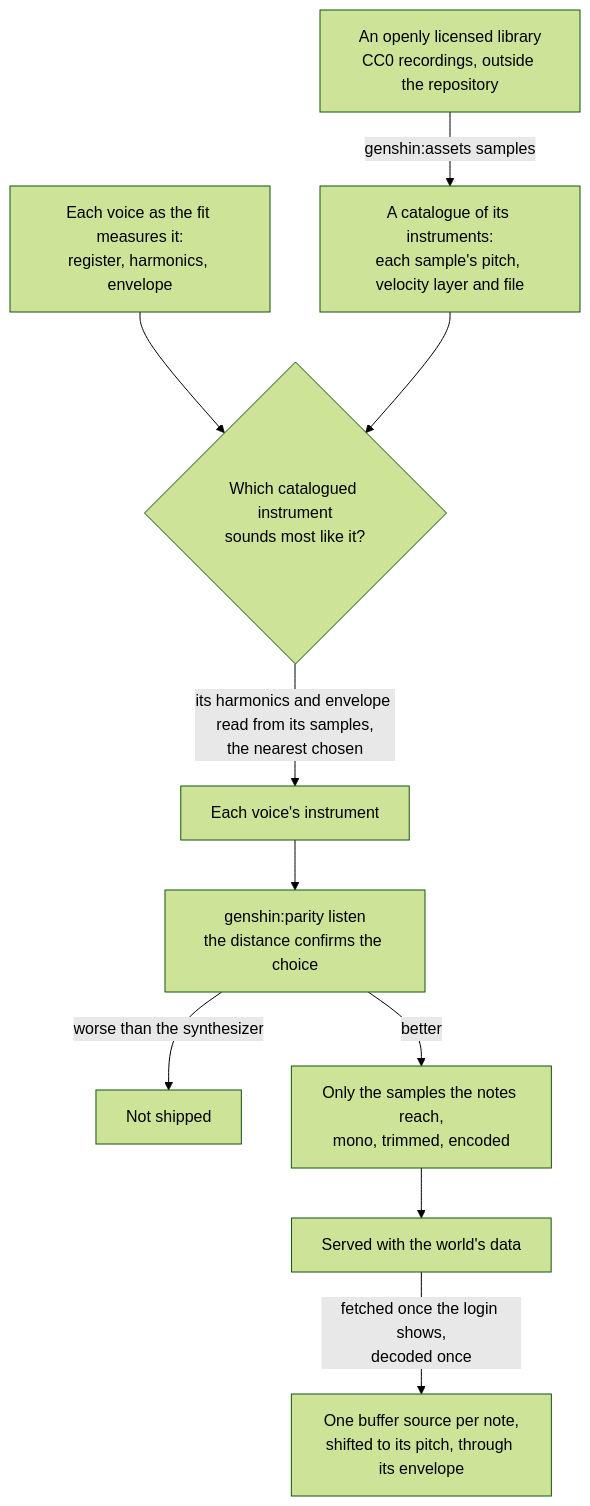
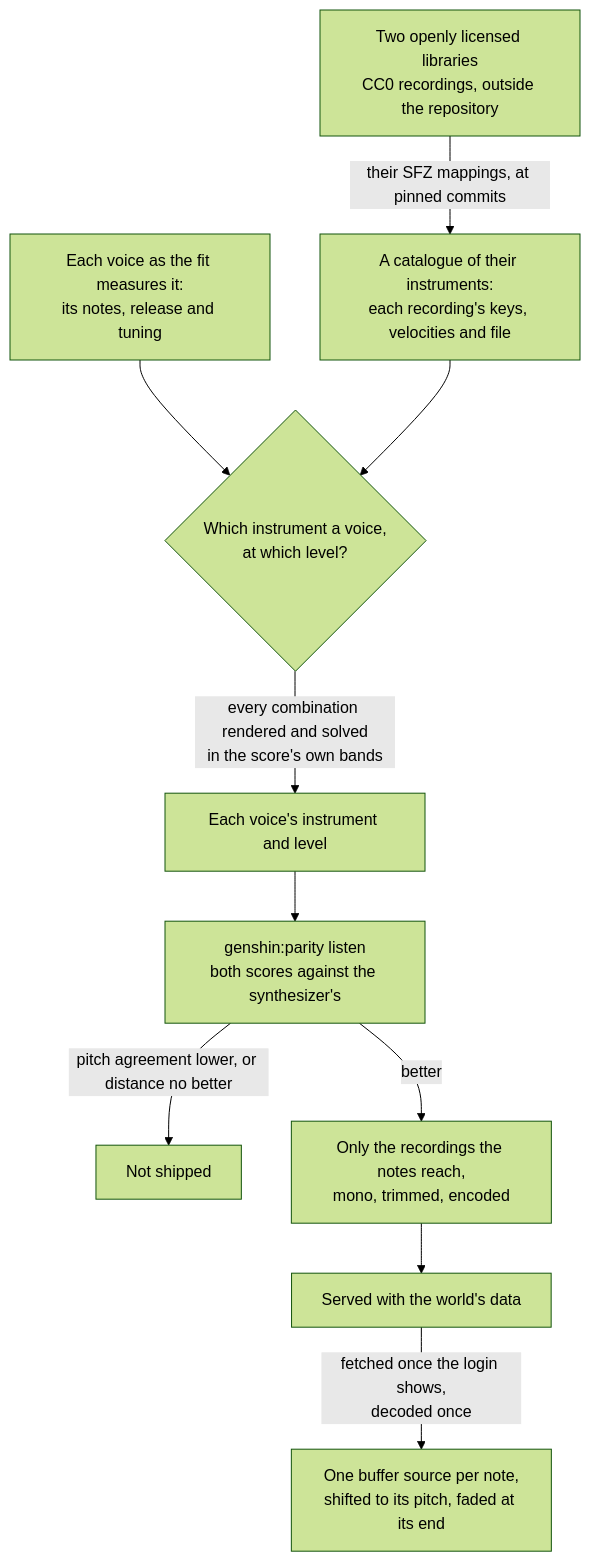
The diagram in apps/web/content/docs/proposals/genshin/sampled-instruments.md (Esposter/Esposter), drawn with Mermaid (forest theme) before and after one commit. The commit also changed other lines of this file and 4 other files, not shown here.

First line of the commit message:
docs(genshin): two passes at sampled instruments, and why neither shipped

````diff
--- a/apps/web/content/docs/proposals/genshin/sampled-instruments.md
+++ b/apps/web/content/docs/proposals/genshin/sampled-instruments.md
@@ -13,12 +13,12 @@
 ```mermaid
 flowchart TD
-  L["An openly licensed library<br/>CC0 recordings, outside the repository"] -->|"genshin:assets samples"| C["A catalogue of its instruments:<br/>each sample's pitch, velocity layer and file"]
-  F["Each voice as the fit measures it:<br/>register, harmonics, envelope"] --> S{"Which catalogued instrument<br/>sounds most like it?"}
+  L["Two openly licensed libraries<br/>CC0 recordings, outside the repository"] -->|"their SFZ mappings, at pinned commits"| C["A catalogue of their instruments:<br/>each recording's keys, velocities and file"]
+  F["Each voice as the fit measures it:<br/>its notes, release and tuning"] --> S{"Which instrument a voice,<br/>at which level?"}
   C --> S
-  S -->|"its harmonics and envelope read from its samples,<br/>the nearest chosen"| P["Each voice's instrument"]
-  P --> T["genshin:parity listen<br/>the distance confirms the choice"]
-  T -->|"worse than the synthesizer"| X["Not shipped"]
-  T -->|"better"| E["Only the samples the notes reach,<br/>mono, trimmed, encoded"]
+  S -->|"every combination rendered and solved<br/>in the score's own bands"| P["Each voice's instrument and level"]
+  P --> T["genshin:parity listen<br/>both scores against the synthesizer's"]
+  T -->|"pitch agreement lower, or distance no better"| X["Not shipped"]
+  T -->|"better"| E["Only the recordings the notes reach,<br/>mono, trimmed, encoded"]
   E --> W["Served with the world's data"]
-  W -->|"fetched once the login shows,<br/>decoded once"| B["One buffer source per note,<br/>shifted to its pitch, through its envelope"]
+  W -->|"fetched once the login shows,<br/>decoded once"| B["One buffer source per note,<br/>shifted to its pitch, faded at its end"]
 ```
````
